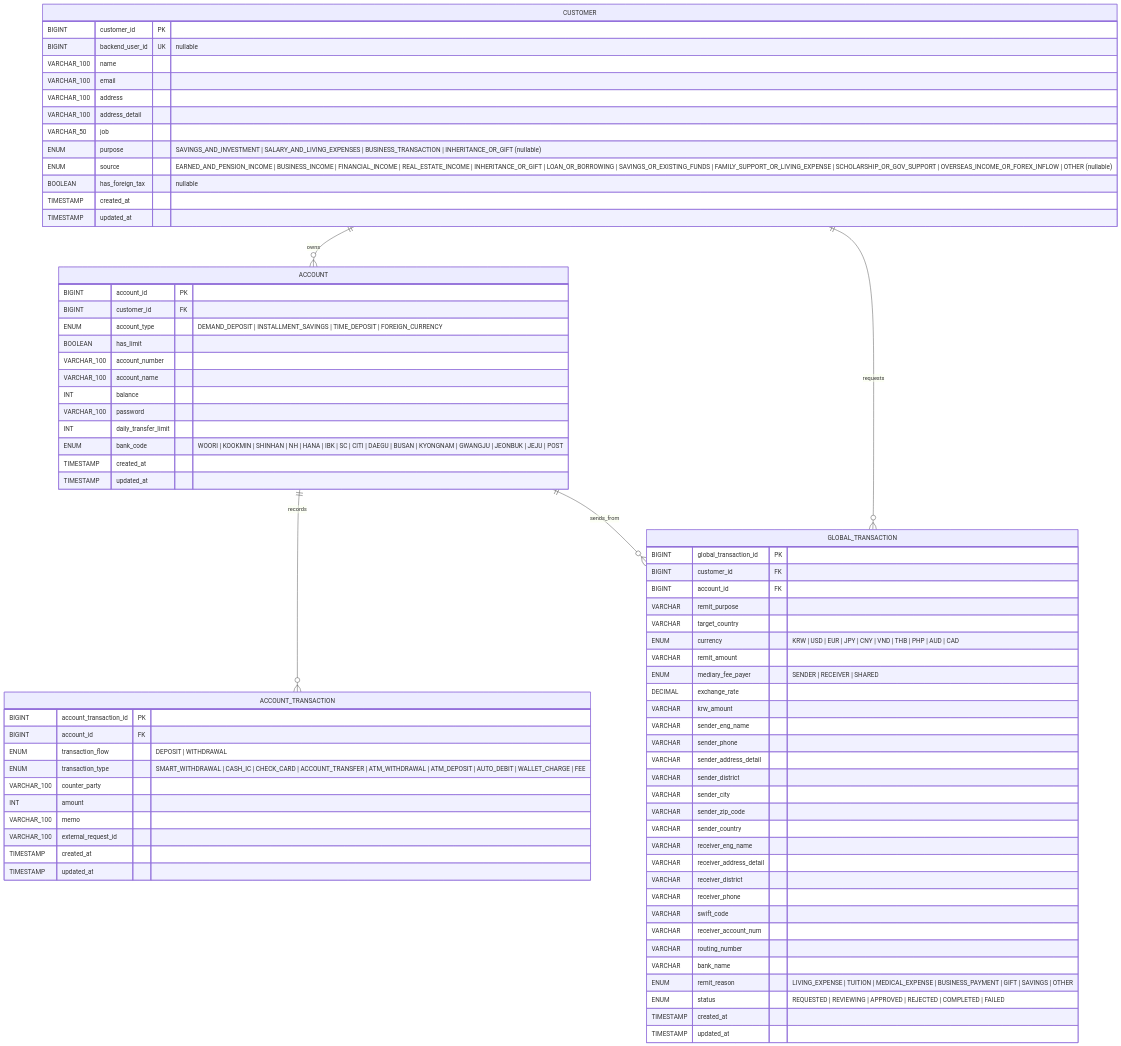
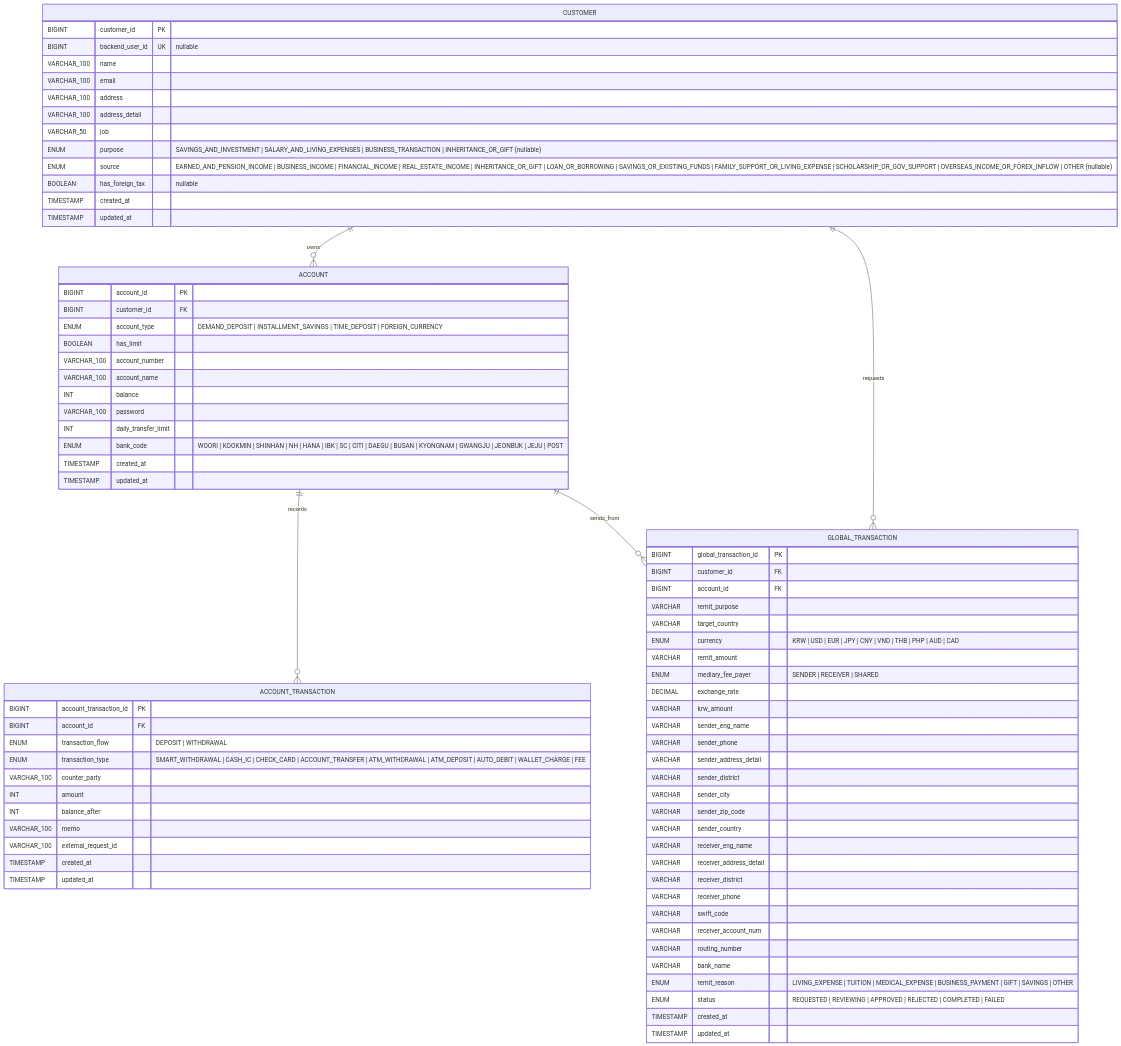
Before and after one commit to jaepar/NOVA: the diagram in coreBanking/docs/erd.md, drawn with Mermaid. The commit also changed 1 other file, not shown here.

Commit message:
docs: 거래내역 조회 문서 반영

```diff
--- a/coreBanking/docs/erd.md
+++ b/coreBanking/docs/erd.md
@@ -43,6 +43,7 @@
     ENUM transaction_type "SMART_WITHDRAWAL | CASH_IC | CHECK_CARD | ACCOUNT_TRANSFER | ATM_WITHDRAWAL | ATM_DEPOSIT | AUTO_DEBIT | WALLET_CHARGE | FEE"
     VARCHAR_100 counter_party
     INT amount
+    INT balance_after
     VARCHAR_100 memo
     VARCHAR_100 external_request_id
     TIMESTAMP created_at
```
